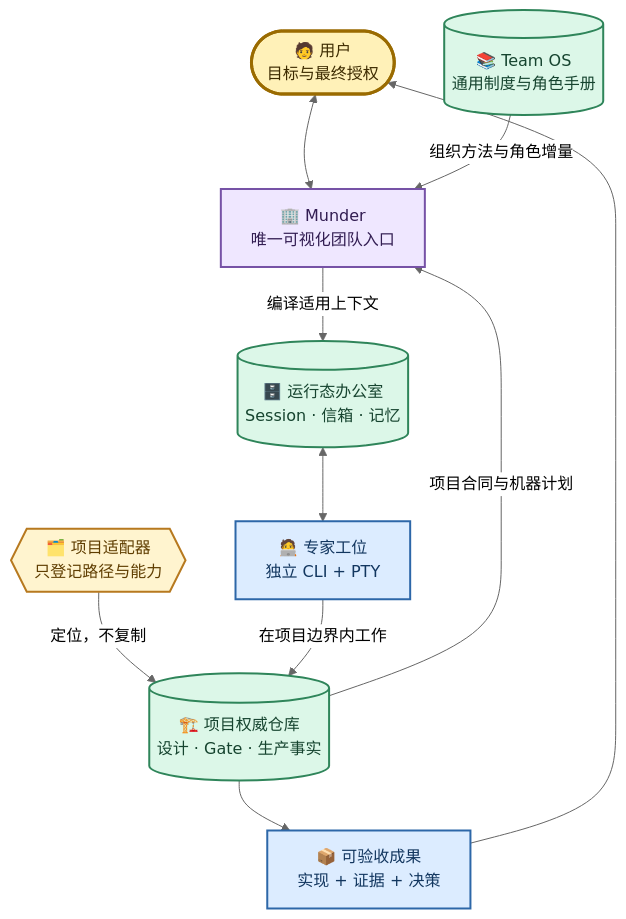
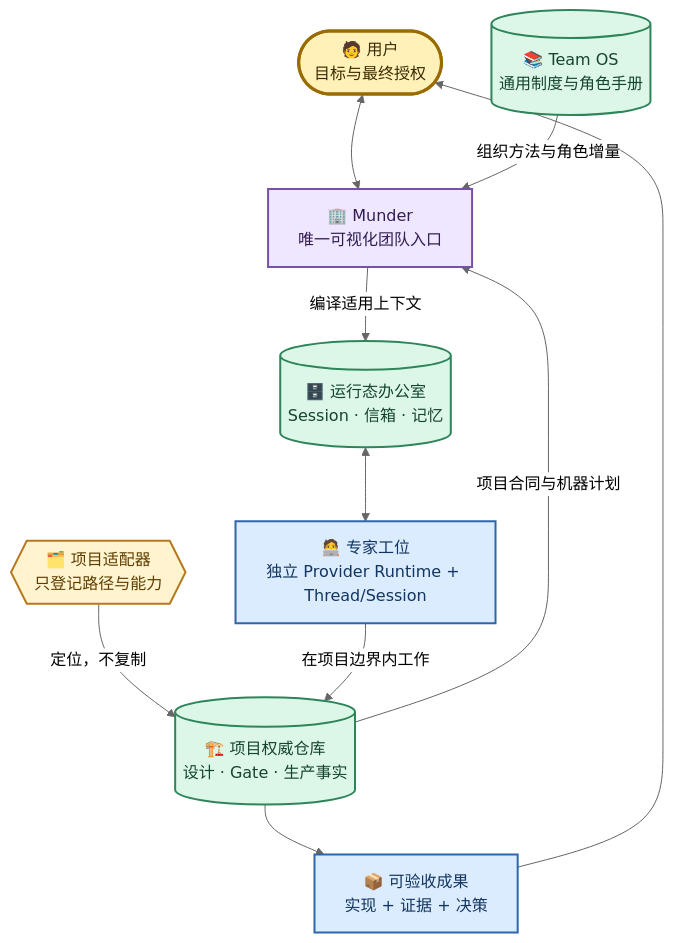
One commit to kldancer/munder-difflin changed the diagram in docs/diy/正式设计文档/04-Munder-Difflin个人团队操作系统与多项目工作流分层设计.md. Above: the diagram before and after it, drawn with Mermaid (neutral theme). The commit also changed other lines of this file and 27 other files, not shown here.

````diff
--- a/docs/diy/正式设计文档/04-Munder-Difflin个人团队操作系统与多项目工作流分层设计.md
+++ b/docs/diy/正式设计文档/04-Munder-Difflin个人团队操作系统与多项目工作流分层设计.md
@@ -22,31 +22,31 @@
 ```mermaid
 flowchart TB
     User(["🧑 用户\n目标与最终授权"])
     Munder["🏢 Munder\n唯一可视化团队入口"]
     TeamOS[("📚 Team OS\n通用制度与角色手册")]
     Adapter{{"🗂️ 项目适配器\n只登记路径与能力"}}
     Project[("🏗️ 项目权威仓库\n设计 · Gate · 生产事实")]
     Office[("🗄️ 运行态办公室\nSession · 信箱 · 记忆")]
-    Agents["🧑‍💻 专家工位\n独立 CLI + PTY"]
+    Agents["🧑‍💻 专家工位\n独立 Provider Runtime + Thread/Session"]
     Result["📦 可验收成果\n实现 + 证据 + 决策"]
 
     User <--> Munder
     TeamOS -->|组织方法与角色增量| Munder
     Adapter -->|定位，不复制| Project
     Project -->|项目合同与机器计划| Munder
     Munder -->|编译适用上下文| Office
     Office <--> Agents
     Agents -->|在项目边界内工作| Project
     Project --> Result --> User
 
     classDef human fill:#fff1b8,stroke:#9a6b00,color:#3d2b00,stroke-width:3px;
     classDef app fill:#efe7ff,stroke:#7652a6,color:#321d52,stroke-width:2px;
     classDef durable fill:#dcf7e8,stroke:#2f855a,color:#16442f,stroke-width:2px;
     classDef gate fill:#fff4cf,stroke:#b7791f,color:#5f3d00,stroke-width:2px;
     classDef agent fill:#dcecff,stroke:#2d67a8,color:#12365f,stroke-width:2px;
     class User human;
     class Munder app;
     class TeamOS,Project,Office durable;
     class Adapter gate;
     class Agents,Result agent;
 ```
````
